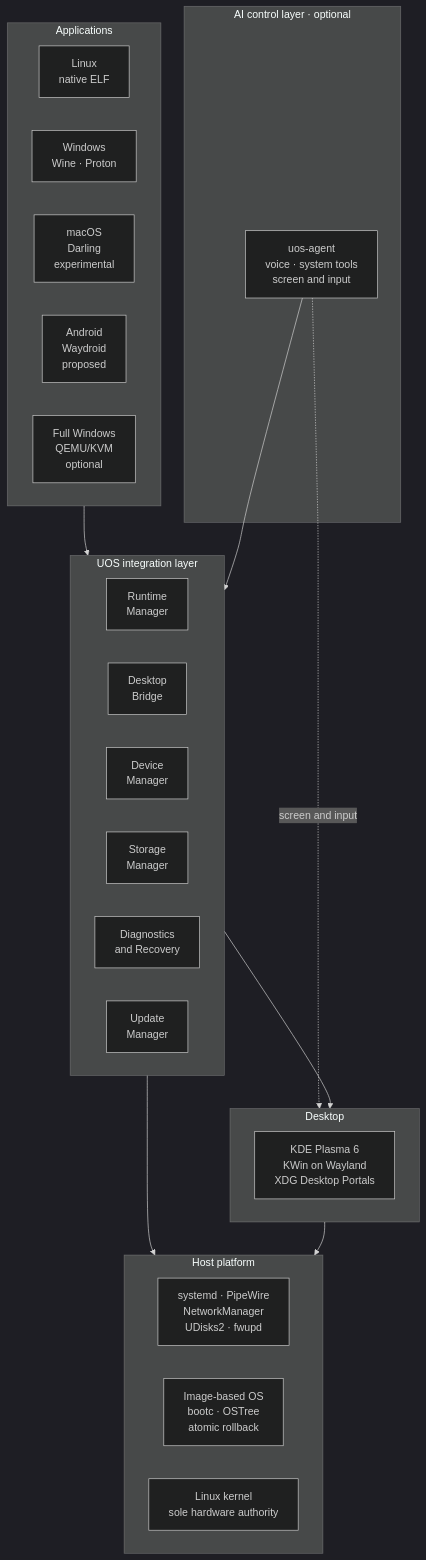
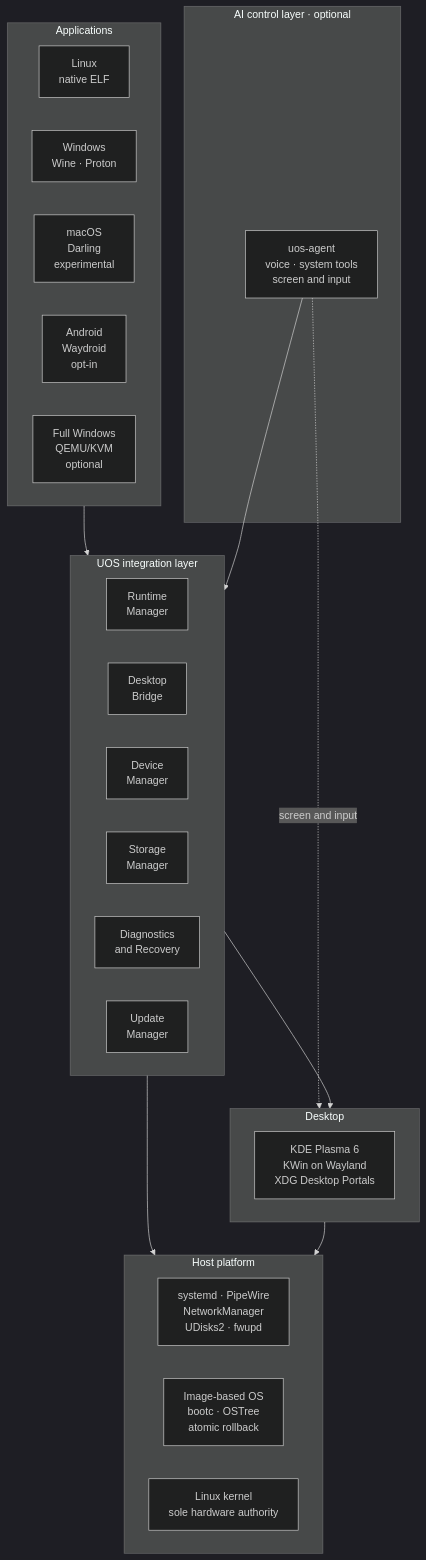
One commit to giorgiogiudice/TUR changed the diagram in README.md. Above: the diagram before and after it, drawn with Mermaid (dark theme). The commit also changed other lines of this file and 1 other file, not shown here.

Commit message:
Android runtime: reflect acceptance in the README and addendum B

````diff
--- a/README.md
+++ b/README.md
@@ -112,43 +112,43 @@
 ```mermaid
 flowchart TB
     subgraph APPS["Applications"]
         direction LR
         L["Linux<br/>native ELF"]
         W["Windows<br/>Wine · Proton"]
         M["macOS<br/>Darling<br/>experimental"]
-        AN["Android<br/>Waydroid<br/>proposed"]
+        AN["Android<br/>Waydroid<br/>opt-in"]
         V["Full Windows<br/>QEMU/KVM<br/>optional"]
     end
 
     subgraph AI["AI control layer · optional"]
         AG["uos-agent<br/>voice · system tools<br/>screen and input"]
     end
 
     subgraph UOS["UOS integration layer"]
         direction LR
         RT["Runtime<br/>Manager"]
         DB["Desktop<br/>Bridge"]
         DM["Device<br/>Manager"]
         SM["Storage<br/>Manager"]
         DG["Diagnostics<br/>and Recovery"]
         UP["Update<br/>Manager"]
     end
 
     subgraph DESK["Desktop"]
         K["KDE Plasma 6<br/>KWin on Wayland<br/>XDG Desktop Portals"]
     end
 
     subgraph HOST["Host platform"]
         direction LR
         S["systemd · PipeWire<br/>NetworkManager<br/>UDisks2 · fwupd"]
         I["Image-based OS<br/>bootc · OSTree<br/>atomic rollback"]
         KN["Linux kernel<br/>sole hardware authority"]
     end
 
     APPS --> UOS
     AG --> UOS
     AG -. "screen and input" .-> DESK
     UOS --> DESK
     UOS --> HOST
     DESK --> HOST
 ```
````
